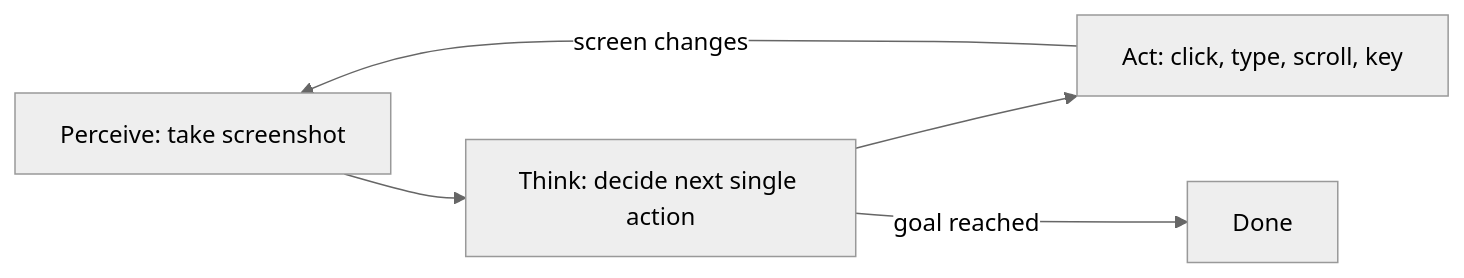
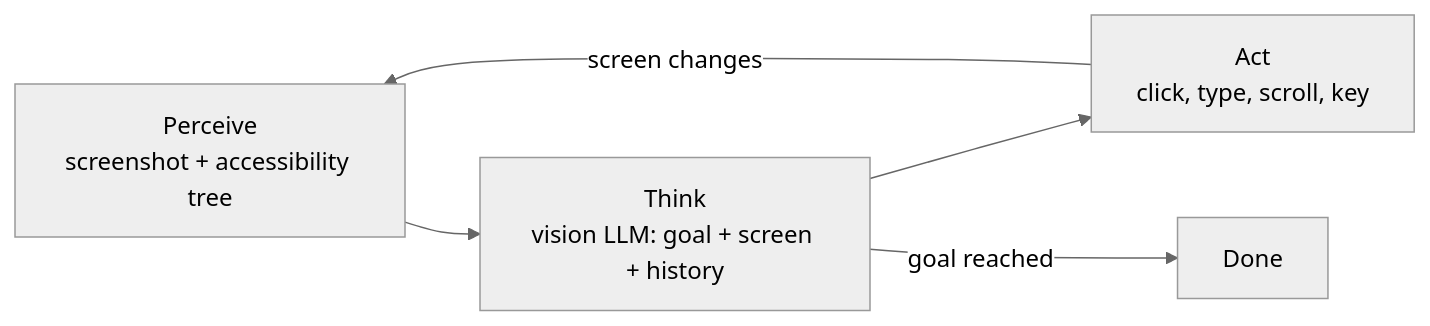
The first of 2 diagrams in notes/step-10-ai-agents-and-agentic-systems/135-how-do-computer-use-agents-work.md (kaisarnajar/outcome-school-blogs), drawn with Mermaid (neutral theme) before and after one commit. The commit also changed other lines of this file and 233 other files, not shown here.

````diff
--- a/notes/step-10-ai-agents-and-agentic-systems/135-how-do-computer-use-agents-work.md
+++ b/notes/step-10-ai-agents-and-agentic-systems/135-how-do-computer-use-agents-work.md
@@ -35,7 +67,7 @@
 ```mermaid
 flowchart LR
-    P["Perceive: take screenshot"] --> T["Think: decide next single action"]
-    T --> A["Act: click, type, scroll, key"]
+    P["Perceive<br/>screenshot + accessibility tree"] --> T["Think<br/>vision LLM: goal + screen + history"]
+    T --> A["Act<br/>click, type, scroll, key"]
     A -->|"screen changes"| P
     T -->|"goal reached"| D["Done"]
 ```
````
